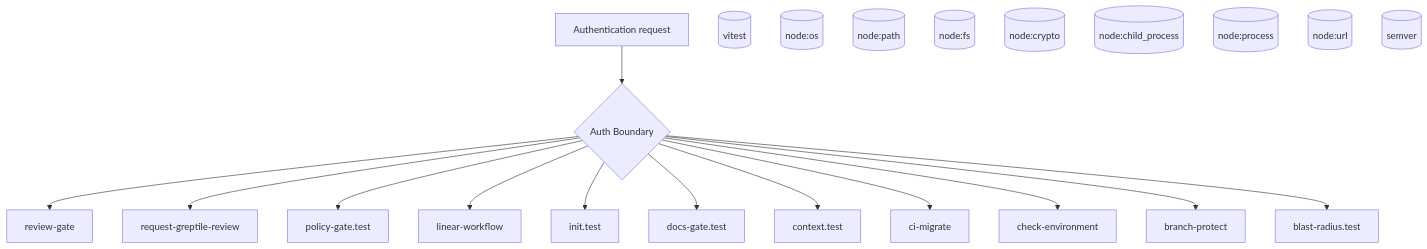
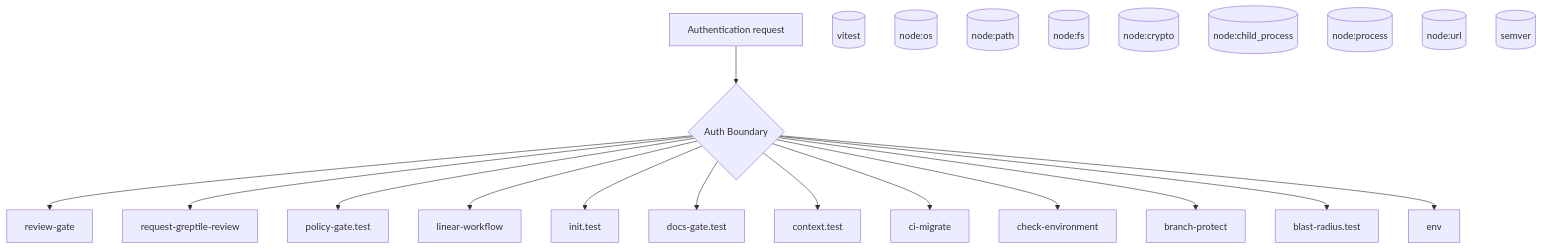
Before and after one commit to jscraik/coding-harness: the diagram in AI/diagrams/auth.mmd, drawn with Mermaid. The commit also changed 6 other files, not shown here.

Commit message:
chore(diagrams): auto-refresh architecture diagrams

```diff
--- a/AI/diagrams/auth.mmd
+++ b/AI/diagrams/auth.mmd
@@ -1,36 +1,38 @@
 flowchart TD
   Request["Authentication request"]
   Boundary{"Auth Boundary"}
   Request --> Boundary
   review_gate_09b579c4["review-gate"]
   Boundary --> review_gate_09b579c4
   request_greptile_review_851df233["request-greptile-review"]
   Boundary --> request_greptile_review_851df233
   policy_gate_test_203a5261["policy-gate.test"]
   Boundary --> policy_gate_test_203a5261
   linear_workflow_c5cb6267["linear-workflow"]
   Boundary --> linear_workflow_c5cb6267
   init_test_cbba76a6["init.test"]
   Boundary --> init_test_cbba76a6
   docs_gate_test_a25e972f["docs-gate.test"]
   Boundary --> docs_gate_test_a25e972f
   context_test_57aad306["context.test"]
   Boundary --> context_test_57aad306
   ci_migrate_78bb70b1["ci-migrate"]
   Boundary --> ci_migrate_78bb70b1
   check_environment_fe68d4be["check-environment"]
   Boundary --> check_environment_fe68d4be
   branch_protect_b9d345eb["branch-protect"]
   Boundary --> branch_protect_b9d345eb
   blast_radius_test_045450fc["blast-radius.test"]
   Boundary --> blast_radius_test_045450fc
+  env_b77349bf["env"]
+  Boundary --> env_b77349bf
   vitest_a9127f3d[("vitest")]
   node_os_e9717731[("node:os")]
   node_path_0e7d56ab[("node:path")]
   node_fs_df6b52af[("node:fs")]
   node_crypto_879f6cbe[("node:crypto")]
   node_child_process_cb73900b[("node:child_process")]
   node_process_09240432[("node:process")]
   node_url_b54ed078[("node:url")]
   semver_50449d83[("semver")]
   classDef authNode fill:#7c3aed,color:#fff
```
